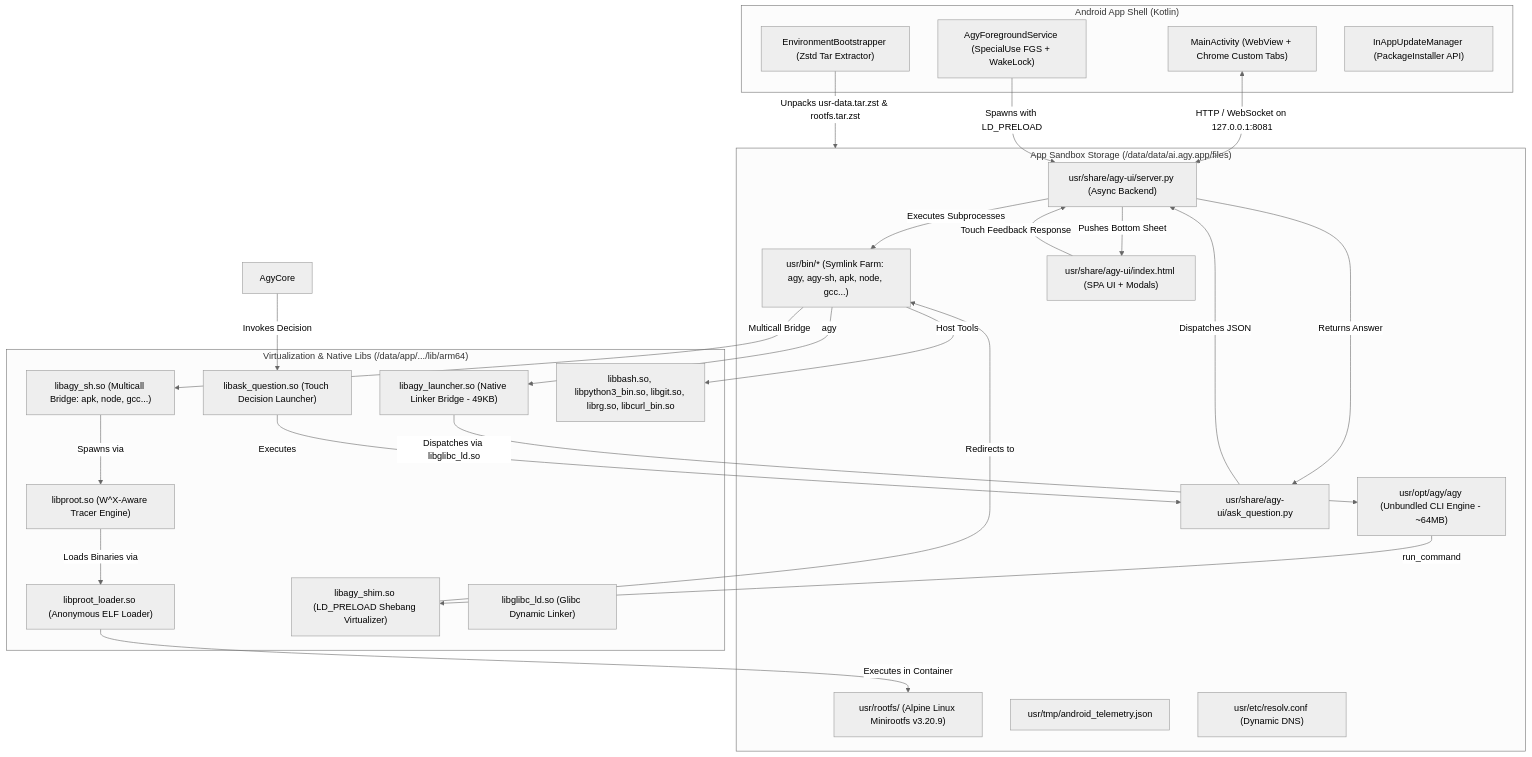
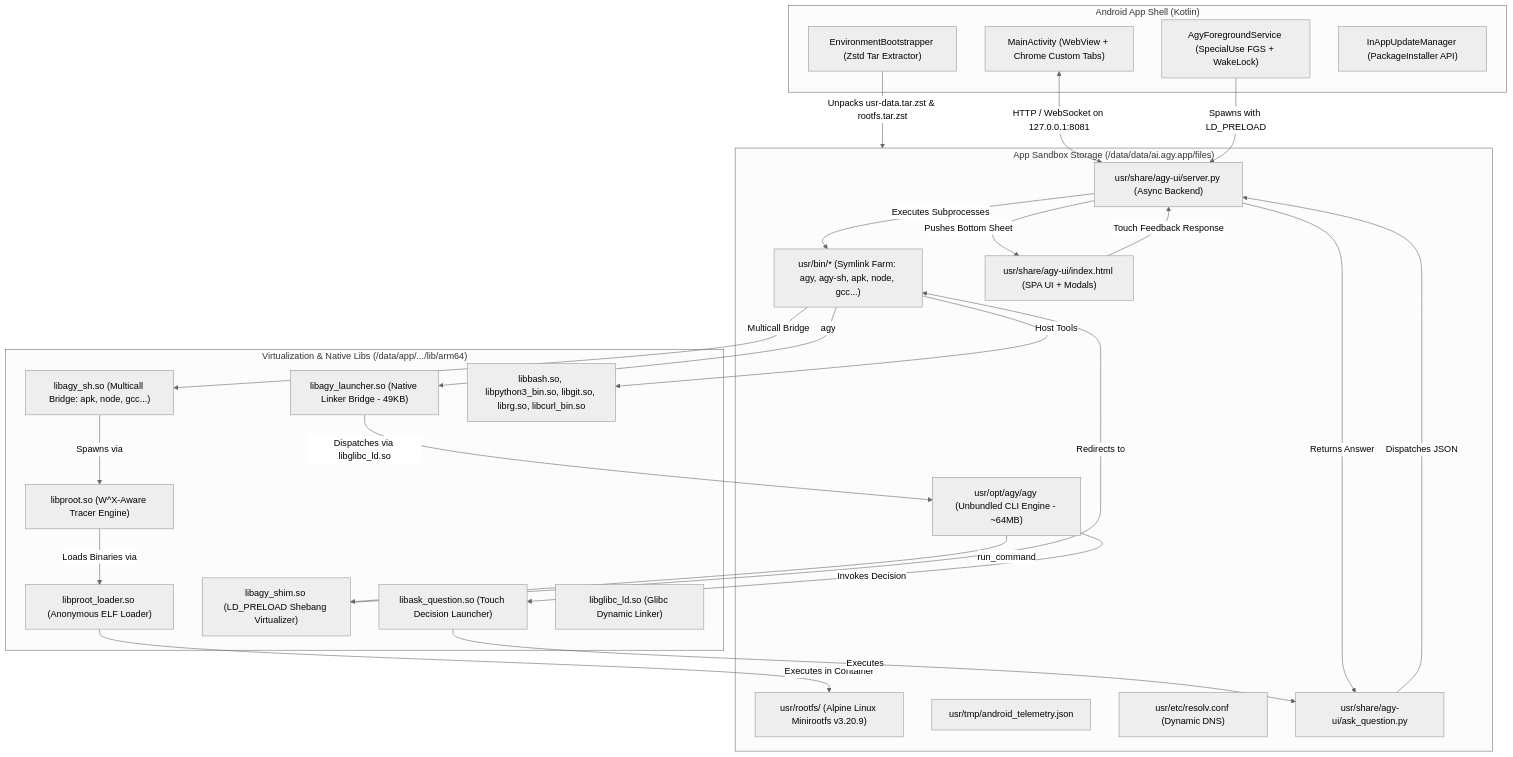
Before and after one commit to MisterMoeGreen/Antigravity-Studio-App: the diagram in README.md, drawn with Mermaid (neutral theme). The commit also changed other lines of this file and 1 other file, not shown here.

Commit message:
docs: update README and CREDITS for unbundled engine, encrypted backup, and dual-track updates

````diff
--- a/README.md
+++ b/README.md
@@ -76,54 +77,54 @@
 ```mermaid
 flowchart TD
     subgraph UI ["Android App Shell (Kotlin)"]
         Activity["MainActivity (WebView + Chrome Custom Tabs)"]
         Service["AgyForegroundService (SpecialUse FGS + WakeLock)"]
         Bootstrapper["EnvironmentBootstrapper (Zstd Tar Extractor)"]
         Updater["InAppUpdateManager (PackageInstaller API)"]
     end
 
     subgraph NativeLibs ["Virtualization & Native Libs (/data/app/.../lib/arm64)"]
         AgyLauncher["libagy_launcher.so (Native Linker Bridge - 49KB)"]
         PRoot["libproot.so (W^X-Aware Tracer Engine)"]
         AnonLoader["libproot_loader.so (Anonymous ELF Loader)"]
         Bridge["libagy_sh.so (Multicall Bridge: apk, node, gcc...)"]
         Shim["libagy_shim.so (LD_PRELOAD Shebang Virtualizer)"]
         AskLauncher["libask_question.so (Touch Decision Launcher)"]
         GlibcLd["libglibc_ld.so (Glibc Dynamic Linker)"]
         HostTools["libbash.so, libpython3_bin.so, libgit.so, librg.so, libcurl_bin.so"]
     end
 
     subgraph Sandbox ["App Sandbox Storage (/data/data/ai.agy.app/files)"]
         UsrBin["usr/bin/* (Symlink Farm: agy, agy-sh, apk, node, gcc...)"]
         AgyEngine["usr/opt/agy/agy (Unbundled CLI Engine - ~64MB)"]
         UsrRootfs["usr/rootfs/ (Alpine Linux Minirootfs v3.20.9)"]
         Telemetry["usr/tmp/android_telemetry.json"]
         Resolv["usr/etc/resolv.conf (Dynamic DNS)"]
         ServerPy["usr/share/agy-ui/server.py (Async Backend)"]
         AskBridge["usr/share/agy-ui/ask_question.py"]
         WebAssets["usr/share/agy-ui/index.html (SPA UI + Modals)"]
     end
 
     Activity <-->|HTTP / WebSocket on 127.0.0.1:8081| ServerPy
     Service -->|Spawns with LD_PRELOAD| ServerPy
     ServerPy -->|Executes Subprocesses| UsrBin
     UsrBin -->|agy| AgyLauncher
     AgyLauncher -->|Dispatches via libglibc_ld.so| AgyEngine
     AgyEngine -->|run_command| Shim
     Shim -->|Redirects to| UsrBin
 
     UsrBin -->|Host Tools| HostTools
     UsrBin -->|Multicall Bridge| Bridge
     Bridge -->|Spawns via| PRoot
     PRoot -->|Loads Binaries via| AnonLoader
     AnonLoader -->|Executes in Container| UsrRootfs
 
-    AgyCore -->|Invokes Decision| AskLauncher
+    AgyEngine -->|Invokes Decision| AskLauncher
     AskLauncher -->|Executes| AskBridge
     AskBridge -->|Dispatches JSON| ServerPy
     ServerPy -->|Pushes Bottom Sheet| WebAssets
     WebAssets -->|Touch Feedback Response| ServerPy
     ServerPy -->|Returns Answer| AskBridge
 
     Bootstrapper -->|Unpacks usr-data.tar.zst & rootfs.tar.zst| Sandbox
 ```
````
